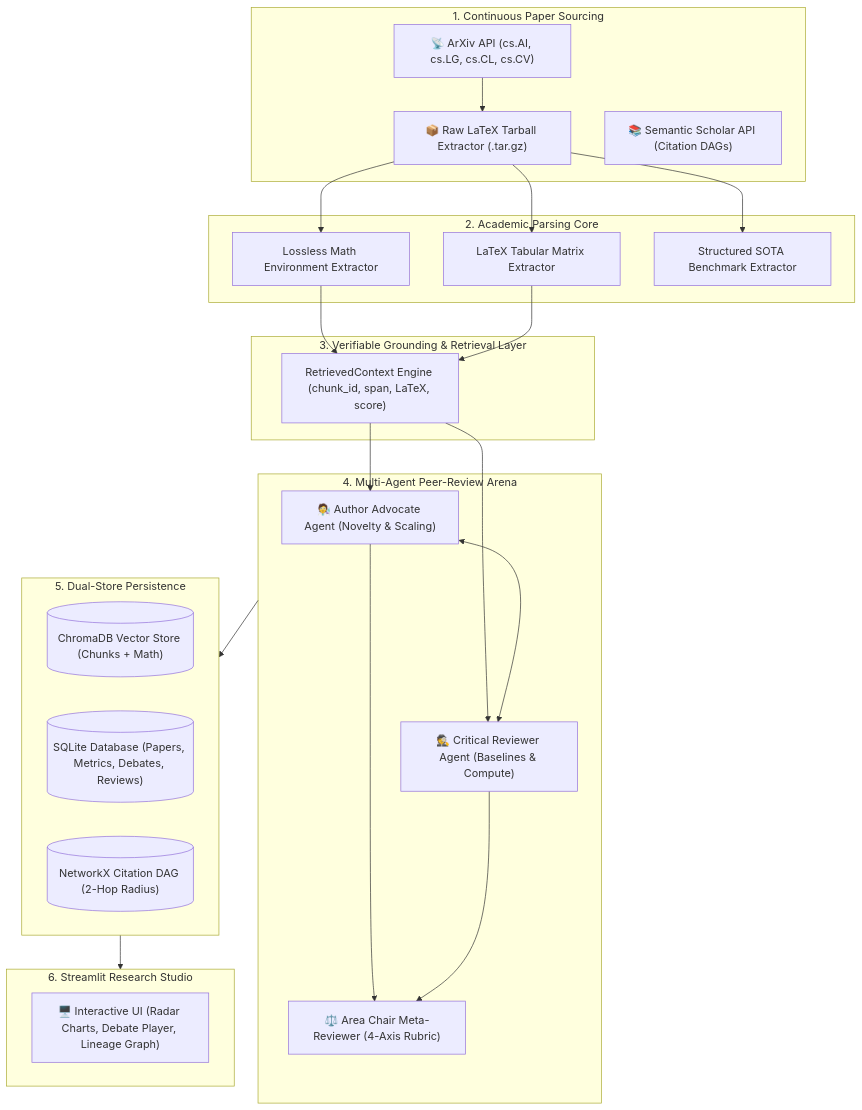
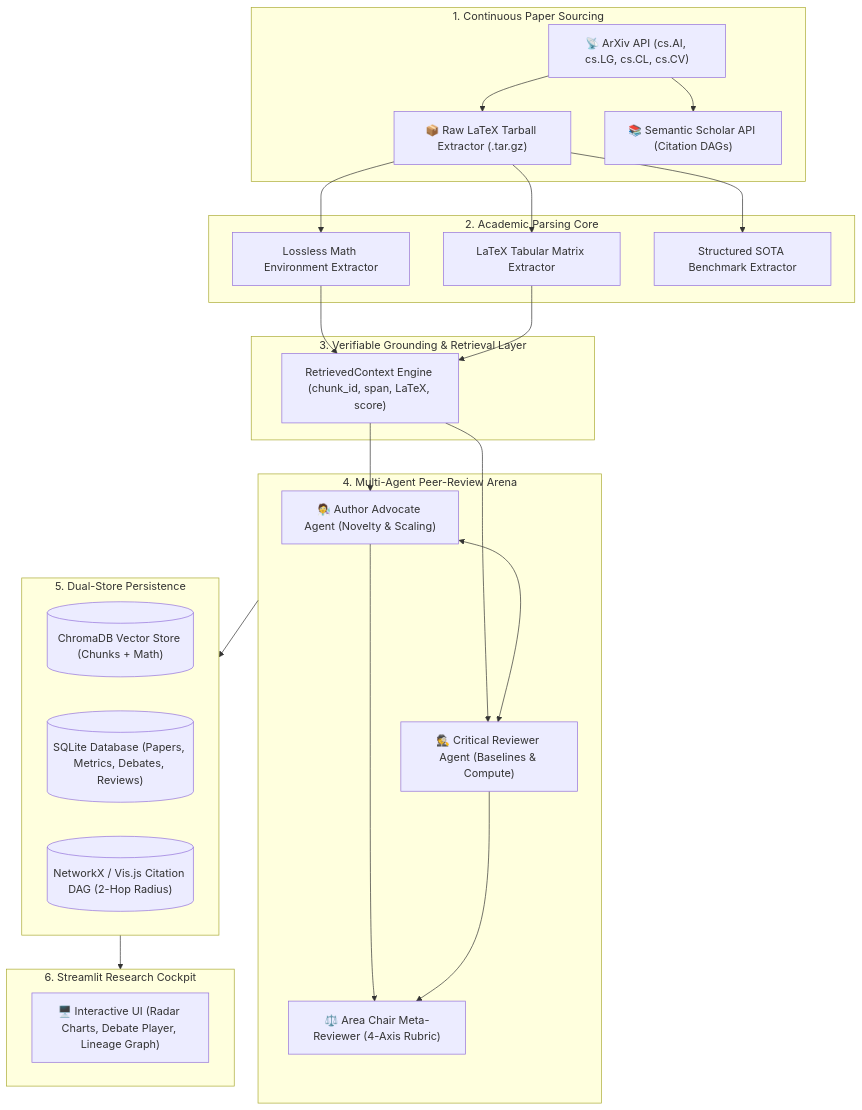
The diagram in ARCHITECTURE.md (callme-siva/PaperPulse_AI), drawn with Mermaid before and after one commit. The commit also changed other lines of this file and 6 other files, not shown here.

Commit message:
Feat: Add comprehensive system architecture deep dive, high-contrast themes, and robust deferred routing

````diff
--- a/ARCHITECTURE.md
+++ b/ARCHITECTURE.md
@@ -20,49 +24,50 @@
 ```mermaid
 flowchart TB
     subgraph Ingestion["1. Continuous Paper Sourcing"]
         ARX["📡 ArXiv API (cs.AI, cs.LG, cs.CL, cs.CV)"]
         TAR["📦 Raw LaTeX Tarball Extractor (.tar.gz)"]
         SEM["📚 Semantic Scholar API (Citation DAGs)"]
         ARX --> TAR
+        ARX --> SEM
     end
 
     subgraph Parsing["2. Academic Parsing Core"]
         EQ_EXTRACT["Lossless Math Environment Extractor"]
         TABLE_EXTRACT["LaTeX Tabular Matrix Extractor"]
         METRIC_EXTRACT["Structured SOTA Benchmark Extractor"]
         TAR --> EQ_EXTRACT
         TAR --> TABLE_EXTRACT
         TAR --> METRIC_EXTRACT
     end
 
     subgraph Grounding["3. Verifiable Grounding & Retrieval Layer"]
         CTX["RetrievedContext Engine (chunk_id, span, LaTeX, score)"]
         EQ_EXTRACT --> CTX
         TABLE_EXTRACT --> CTX
     end
 
     subgraph Debate["4. Multi-Agent Peer-Review Arena"]
         ADV["🧑‍🔬 Author Advocate Agent (Novelty & Scaling)"]
         CRI["🕵️ Critical Reviewer Agent (Baselines & Compute)"]
         META["⚖️ Area Chair Meta-Reviewer (4-Axis Rubric)"]
         
         CTX --> ADV
         CTX --> CRI
         ADV <--> CRI
         ADV --> META
         CRI --> META
     end
 
     subgraph Storage["5. Dual-Store Persistence"]
         VDB[("ChromaDB Vector Store (Chunks + Math)")]
         SQL[("SQLite Database (Papers, Metrics, Debates, Reviews)")]
-        DAG_STORE[("NetworkX Citation DAG (2-Hop Radius)")]
+        DAG_STORE[("NetworkX / Vis.js Citation DAG (2-Hop Radius)")]
     end
 
-    subgraph UI["6. Streamlit Research Studio"]
+    subgraph UI["6. Streamlit Research Cockpit"]
         STUDIO["🖥️ Interactive UI (Radar Charts, Debate Player, Lineage Graph)"]
     end
 
     Debate --> Storage
     Storage --> UI
 ```
````
